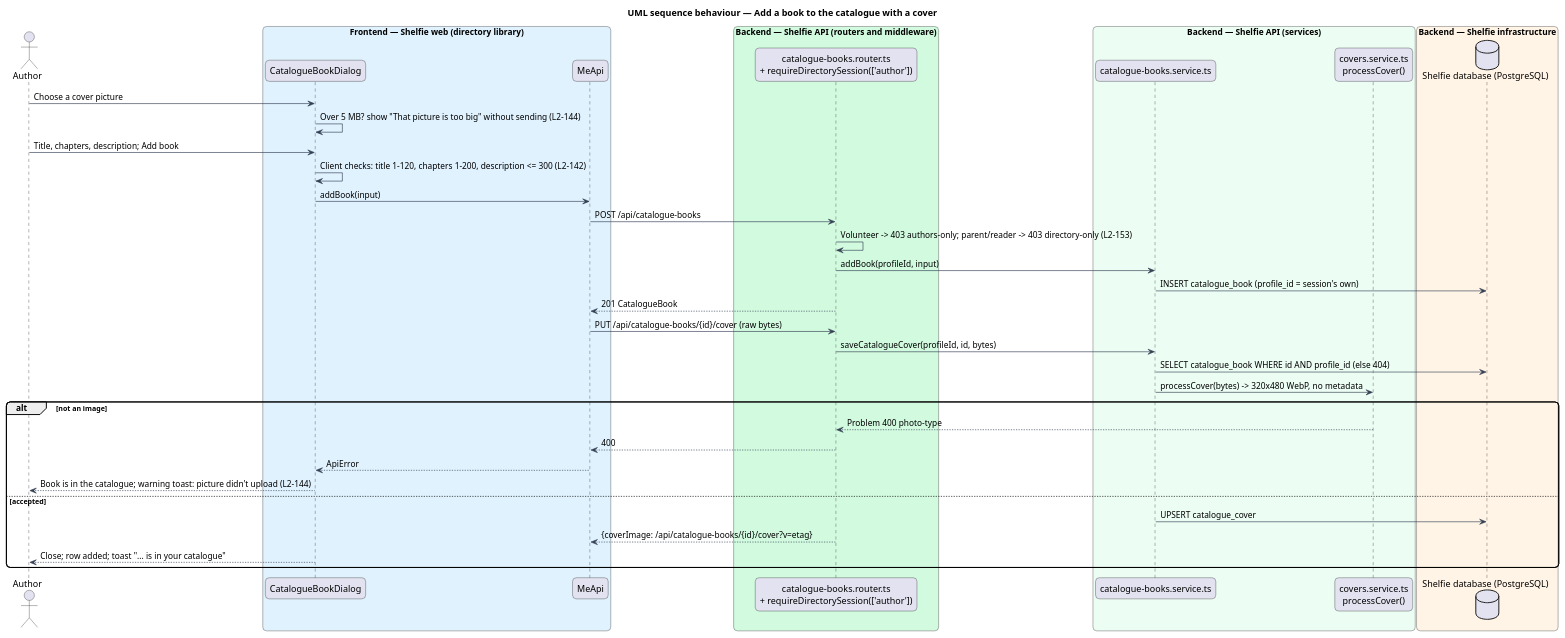
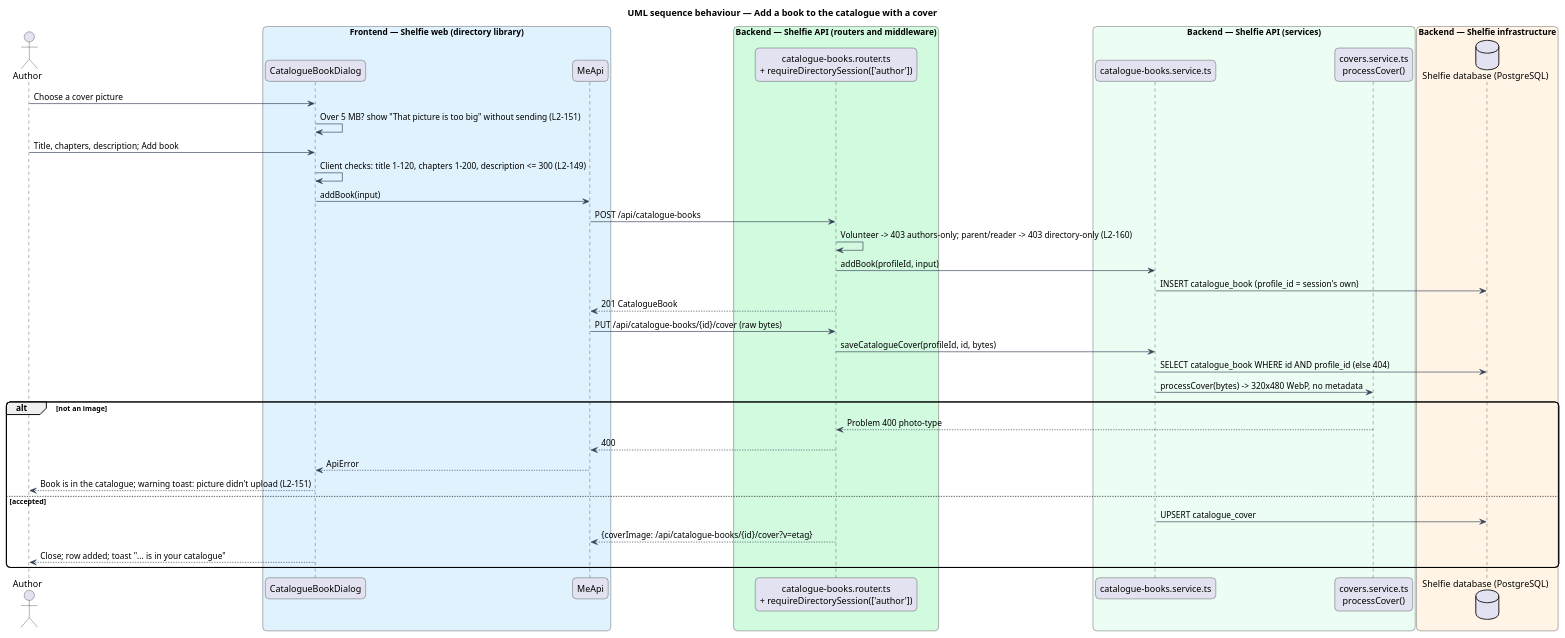
Before and after one commit to QuinntyneBrown/shelfie: the diagram in docs/detailed-designs/directory/author-profile/diagrams/sequence-catalogue-book.puml, drawn with PlantUML. The commit also changed 125 other files, not shown here.

```diff
--- a/docs/detailed-designs/directory/author-profile/diagrams/sequence-catalogue-book.puml
+++ b/docs/detailed-designs/directory/author-profile/diagrams/sequence-catalogue-book.puml
@@ -1,48 +1,48 @@
 @startuml
 title UML sequence behaviour — Add a book to the catalogue with a cover
 skinparam backgroundColor #FFFFFF
 skinparam shadowing false
 skinparam roundcorner 12
 skinparam defaultFontName Arial
 skinparam ArrowColor #344054
 actor "Author" as author
 box "Frontend — Shelfie web (directory library)" #E0F2FE
   participant "CatalogueBookDialog" as dialog
   participant "MeApi" as client
 end box
 box "Backend — Shelfie API (routers and middleware)" #D1FADF
   participant "catalogue-books.router.ts\n+ requireDirectorySession(['author'])" as router
 end box
 box "Backend — Shelfie API (services)" #ECFDF3
   participant "catalogue-books.service.ts" as service
   participant "covers.service.ts\nprocessCover()" as covers
 end box
 box "Backend — Shelfie infrastructure" #FFF4E5
   database "Shelfie database (PostgreSQL)" as db
 end box
 
 author -> dialog : Choose a cover picture
-dialog -> dialog : Over 5 MB? show "That picture is too big" without sending (L2-144)
+dialog -> dialog : Over 5 MB? show "That picture is too big" without sending (L2-151)
 author -> dialog : Title, chapters, description; Add book
-dialog -> dialog : Client checks: title 1-120, chapters 1-200, description <= 300 (L2-142)
+dialog -> dialog : Client checks: title 1-120, chapters 1-200, description <= 300 (L2-149)
 dialog -> client : addBook(input)
 client -> router : POST /api/catalogue-books
-router -> router : Volunteer -> 403 authors-only; parent/reader -> 403 directory-only (L2-153)
+router -> router : Volunteer -> 403 authors-only; parent/reader -> 403 directory-only (L2-160)
 router -> service : addBook(profileId, input)
 service -> db : INSERT catalogue_book (profile_id = session's own)
 router --> client : 201 CatalogueBook
 client -> router : PUT /api/catalogue-books/{id}/cover (raw bytes)
 router -> service : saveCatalogueCover(profileId, id, bytes)
 service -> db : SELECT catalogue_book WHERE id AND profile_id (else 404)
 service -> covers : processCover(bytes) -> 320x480 WebP, no metadata
 alt not an image
   covers --> router : Problem 400 photo-type
   router --> client : 400
   client --> dialog : ApiError
-  dialog --> author : Book is in the catalogue; warning toast: picture didn't upload (L2-144)
+  dialog --> author : Book is in the catalogue; warning toast: picture didn't upload (L2-151)
 else accepted
   service -> db : UPSERT catalogue_cover
   router --> client : {coverImage: /api/catalogue-books/{id}/cover?v=etag}
   dialog --> author : Close; row added; toast "... is in your catalogue"
 end
 @enduml
```
